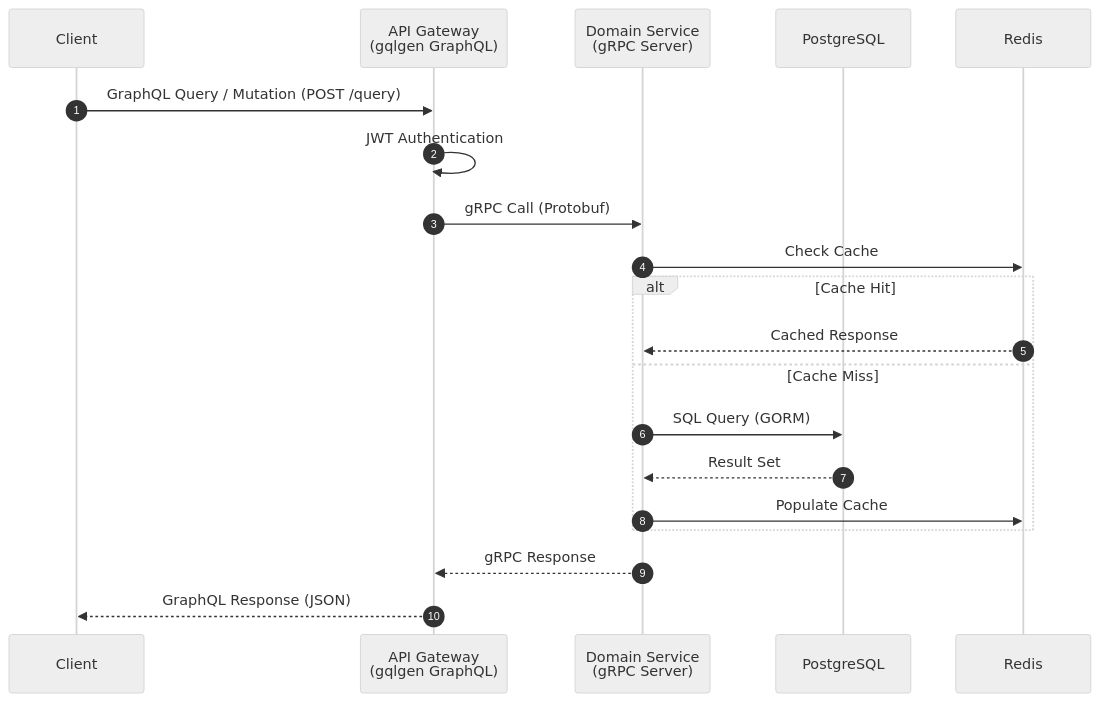
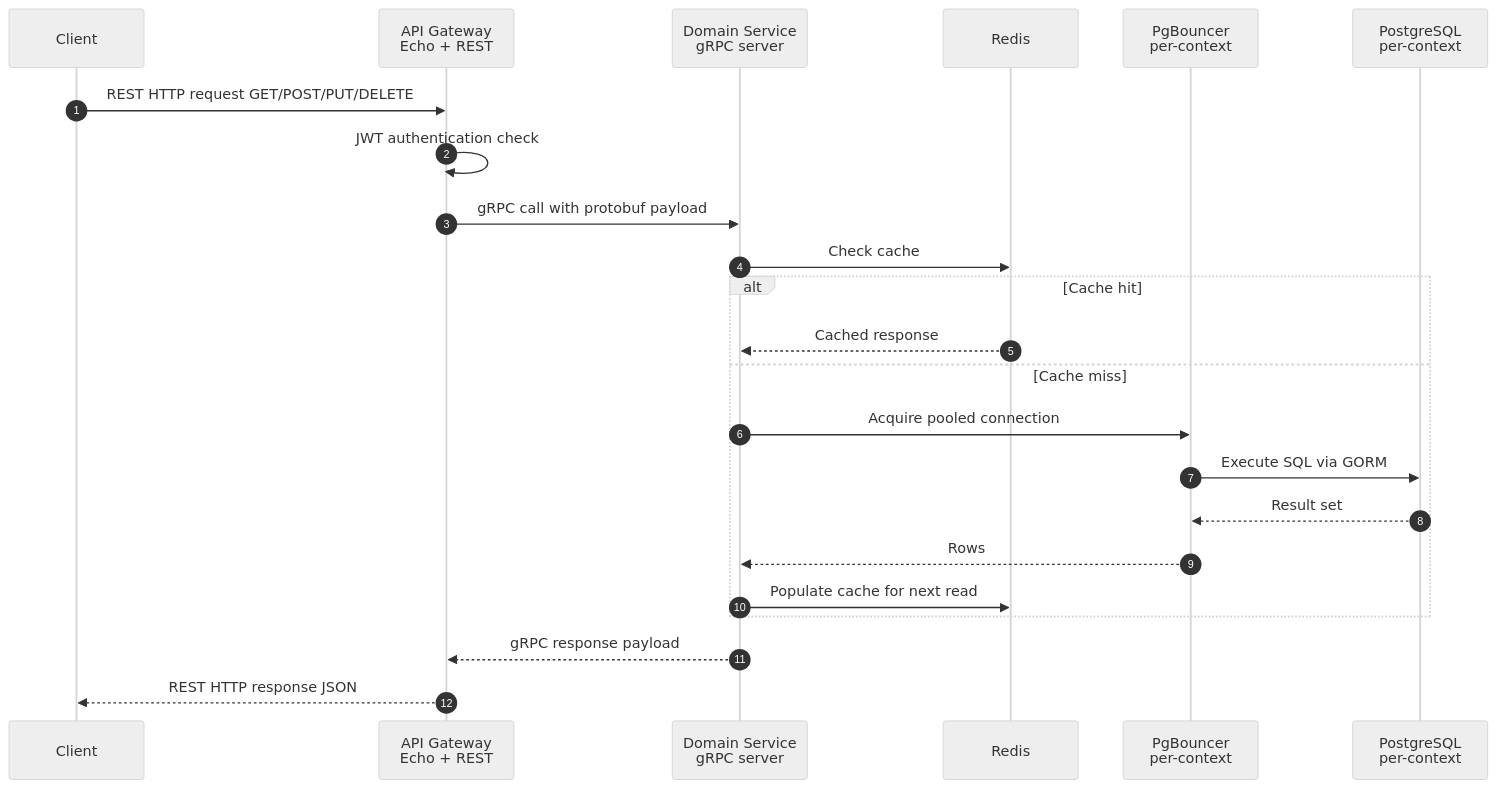
One commit to MamangRust/microservice-pointofsale-gorm-graphql changed the eighth of 13 diagrams in README.md. Above: the diagram before and after it, drawn with Mermaid (neutral theme). The commit also changed other lines of this file and 363 other files, not shown here.

Commit message:
PostgreSQL cluster-per-bounded-context

````diff
--- a/README.md
+++ b/README.md
@@ -260,23 +616,26 @@
 ```mermaid
 sequenceDiagram
     autonumber
     participant C as Client
-    participant GW as API Gateway<br/>(gqlgen GraphQL)
-    participant SVC as Domain Service<br/>(gRPC Server)
-    participant DB as PostgreSQL
-    participant CACHE as Redis
+    participant GW as API Gateway<br/>Echo + REST
+    participant SVC as Domain Service<br/>gRPC server
+    participant REDIS as Redis
+    participant PGB as PgBouncer<br/>per-context
+    participant DB as PostgreSQL<br/>per-context
 
-    C->>GW: GraphQL Query / Mutation (POST /query)
-    GW->>GW: JWT Authentication
-    GW->>SVC: gRPC Call (Protobuf)
-    SVC->>CACHE: Check Cache
-    alt Cache Hit
-        CACHE-->>SVC: Cached Response
-    else Cache Miss
-        SVC->>DB: SQL Query (GORM)
-        DB-->>SVC: Result Set
-        SVC->>CACHE: Populate Cache
+    C->>GW: REST HTTP request GET/POST/PUT/DELETE
+    GW->>GW: JWT authentication check
+    GW->>SVC: gRPC call with protobuf payload
+    SVC->>REDIS: Check cache
+    alt Cache hit
+        REDIS-->>SVC: Cached response
+    else Cache miss
+        SVC->>PGB: Acquire pooled connection
+        PGB->>DB: Execute SQL via GORM
+        DB-->>PGB: Result set
+        PGB-->>SVC: Rows
+        SVC->>REDIS: Populate cache for next read
     end
-    SVC-->>GW: gRPC Response
-    GW-->>C: GraphQL Response (JSON)
+    SVC-->>GW: gRPC response payload
+    GW-->>C: REST HTTP response JSON
 ```
````
